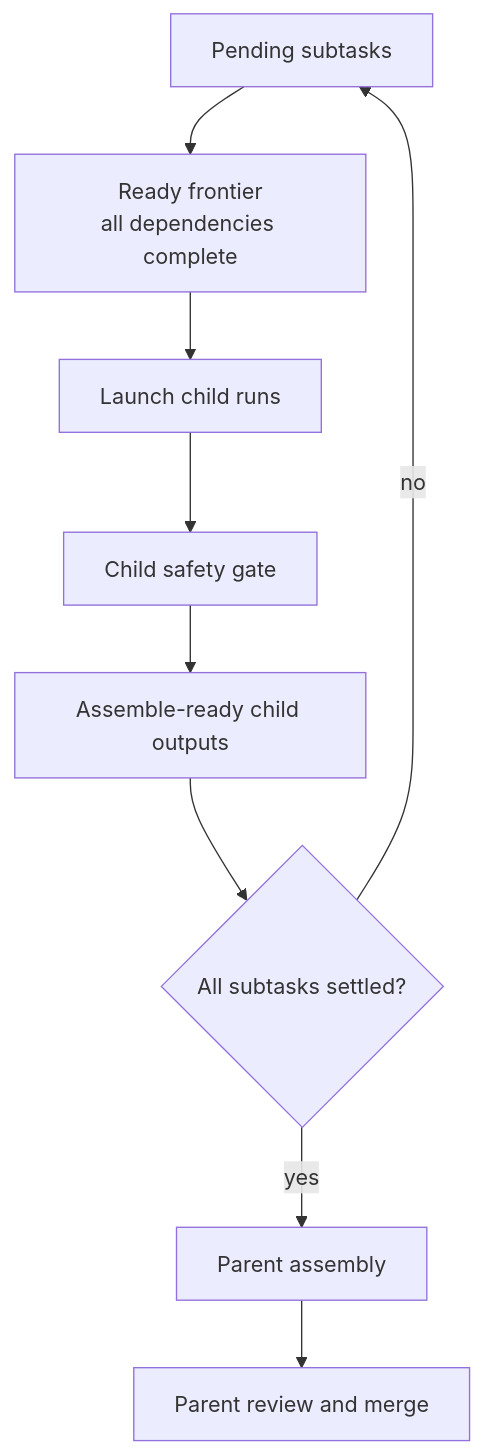
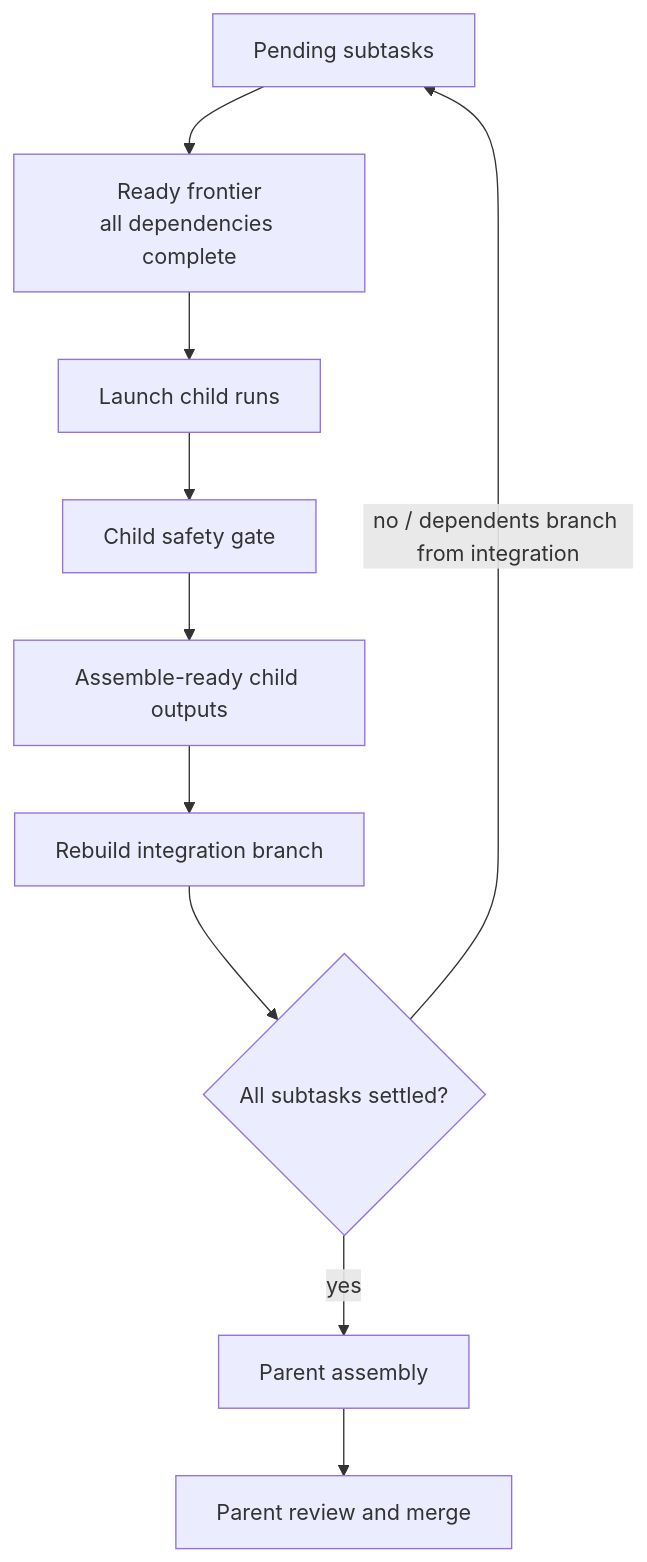
The fifth of 14 diagrams in docs/deep-dive/orchestration.md (sabbour/agentweaver), drawn with Mermaid before and after one commit. The commit also changed other lines of this file and 11 other files, not shown here.

````diff
--- a/docs/deep-dive/orchestration.md
+++ b/docs/deep-dive/orchestration.md
@@ -170,15 +172,16 @@
 ```mermaid
 flowchart TD
     Pending[Pending subtasks]
     Frontier[Ready frontier<br/>all dependencies complete]
     Launch[Launch child runs]
     Safety[Child safety gate]
     AssembleReady[Assemble-ready child outputs]
+    Integration[Rebuild integration branch]
     AllSettled{All subtasks settled?}
     Assembly[Parent assembly]
     ParentReview[Parent review and merge]
 
-    Pending --> Frontier --> Launch --> Safety --> AssembleReady --> AllSettled
-    AllSettled -- no --> Pending
+    Pending --> Frontier --> Launch --> Safety --> AssembleReady --> Integration --> AllSettled
+    AllSettled -- no / dependents branch from integration --> Pending
     AllSettled -- yes --> Assembly --> ParentReview
 ```
````
